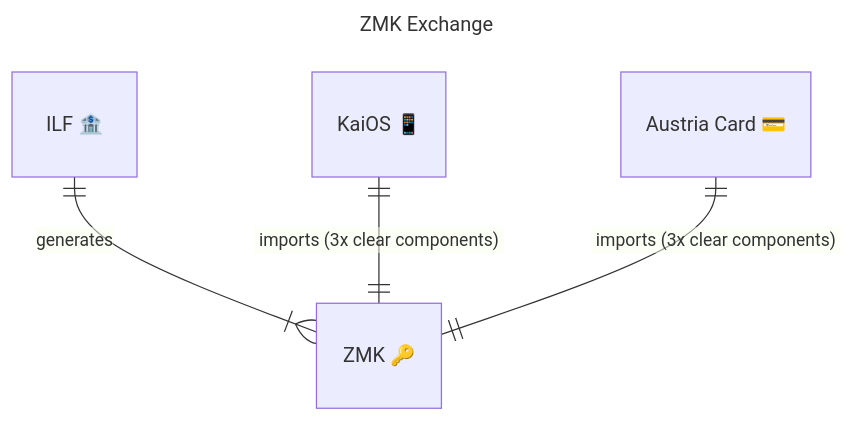
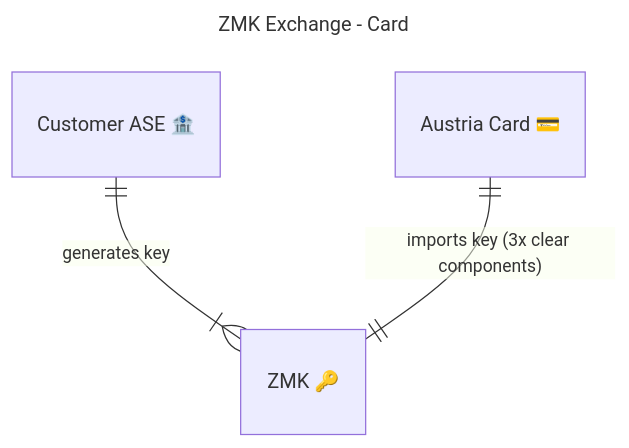
The first of 6 diagrams in test/hsm-emulator/README.md (interledger/rafiki), drawn with Mermaid before and after one commit. The commit also changed other lines of this file and 14 other files, not shown here.

````diff
--- a/test/hsm-emulator/README.md
+++ b/test/hsm-emulator/README.md
@@ -40,9 +47,8 @@
 ```mermaid
 ---
-title: ZMK Exchange
+title: ZMK Exchange - Card
 ---
 erDiagram
-    "ILF 🏦" ||--}| "ZMK 🔑" : generates
-    "KaiOS 📱" ||--|| "ZMK 🔑" : "imports (3x clear components)"
-    "Austria Card 💳" ||--|| "ZMK 🔑" : "imports (3x clear components)"
+    "Customer ASE 🏦" ||--}| "ZMK 🔑" : "generates key"
+    "Austria Card 💳" ||--|| "ZMK 🔑" : "imports key (3x clear components)"
 ```
````
